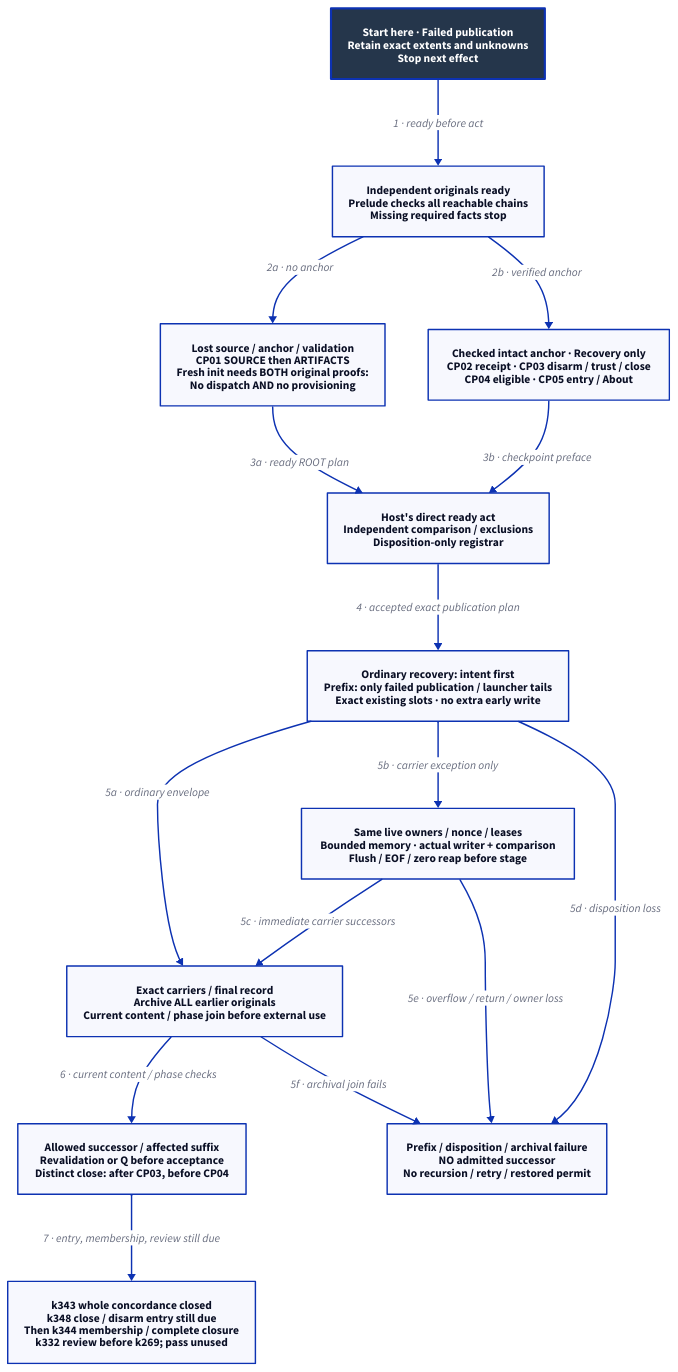
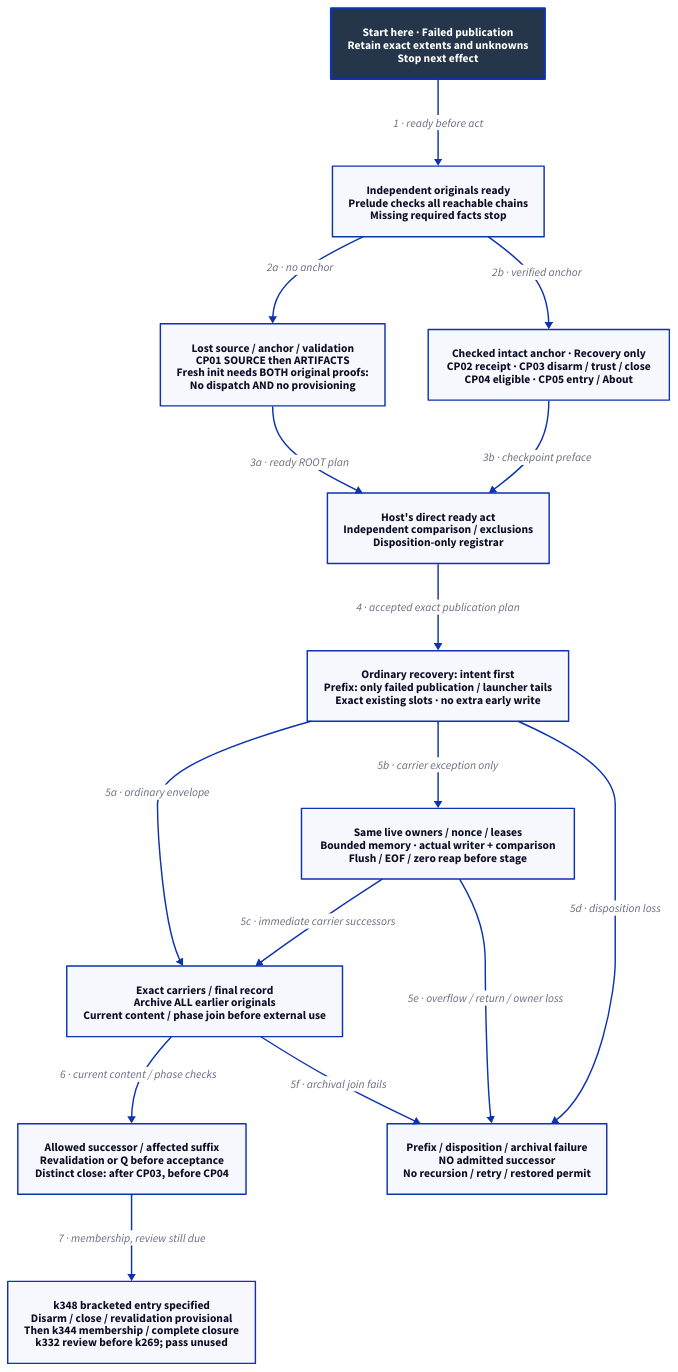
One commit to Linkuistics/Koine changed the diagram in docs/design/architecture/native-reference-admission.d2. Above: the diagram before and after it, drawn with D2. The commit also changed 33 other files, not shown here.

Commit message:
Specify bracketed inter-checkpoint publication entry under Antony's answer (reference-evidence-intercheckpoint-publication-entry-k348)

```diff
--- a/docs/design/architecture/native-reference-admission.d2
+++ b/docs/design/architecture/native-reference-admission.d2
@@ -1,30 +1,30 @@
-# Hosted recovery design; k348 entry, k344 closure and k332 review precede use.
+# Hosted recovery design and k348 bracketed entry; k344 closure and k332 review precede use.
 direction: down
 classes: {
   start: {style: {fill: "#25364B"; font-color: "#FFFFFF"; bold: true; stroke-width: 3}}
 }
 Start: "Start here · Failed publication\nRetain exact extents and unknowns\nStop next effect" {class: start}
 Root: "Independent originals ready\nPrelude checks all reachable chains\nMissing required facts stop"
 Source: "Lost source / anchor / validation\nCP01 SOURCE then ARTIFACTS\nFresh init needs BOTH original proofs:\nNo dispatch AND no provisioning"
 Intact: "Checked intact anchor · Recovery only\nCP02 receipt · CP03 disarm / trust / close\nCP04 eligible · CP05 entry / About"
 Act: "Host's direct ready act\nIndependent comparison / exclusions\nDisposition-only registrar"
 Prefix: "Ordinary recovery: intent first\nPrefix: only failed publication / launcher tails\nExact existing slots · no extra early write"
 Memory: "Same live owners / nonce / leases\nBounded memory · actual writer + comparison\nFlush / EOF / zero reap before stage"
 Join: "Exact carriers / final record\nArchive ALL earlier originals\nCurrent content / phase join before external use"
 Next: "Allowed successor / affected suffix\nRevalidation or Q before acceptance\nDistinct close: after CP03, before CP04"
 Stop: "Prefix / disposition / archival failure\nNO admitted successor\nNo recursion / retry / restored permit"
-Whole: "k343 whole concordance closed\nk348 close / disarm entry still due\nThen k344 membership / complete closure\nk332 review before k269; pass unused"
+Whole: "k348 bracketed entry specified\nDisarm / close / revalidation provisional\nThen k344 membership / complete closure\nk332 review before k269; pass unused"
 Start -> Root: "1 · ready before act"
 Root -> Source: "2a · no anchor"
 Root -> Intact: "2b · verified anchor"
 Source -> Act: "3a · ready ROOT plan"
 Intact -> Act: "3b · checkpoint preface"
 Act -> Prefix: "4 · accepted exact publication plan"
 Prefix -> Join: "5a · ordinary envelope"
 Prefix -> Memory: "5b · carrier exception only"
 Memory -> Join: "5c · immediate carrier successors"
 Join -> Next: "6 · current content / phase checks"
-Next -> Whole: "7 · entry, membership, review still due"
+Next -> Whole: "7 · membership, review still due"
 Prefix -> Stop: "5d · disposition loss"
 Memory -> Stop: "5e · overflow / return / owner loss"
 Join -> Stop: "5f · archival join fails"
```
